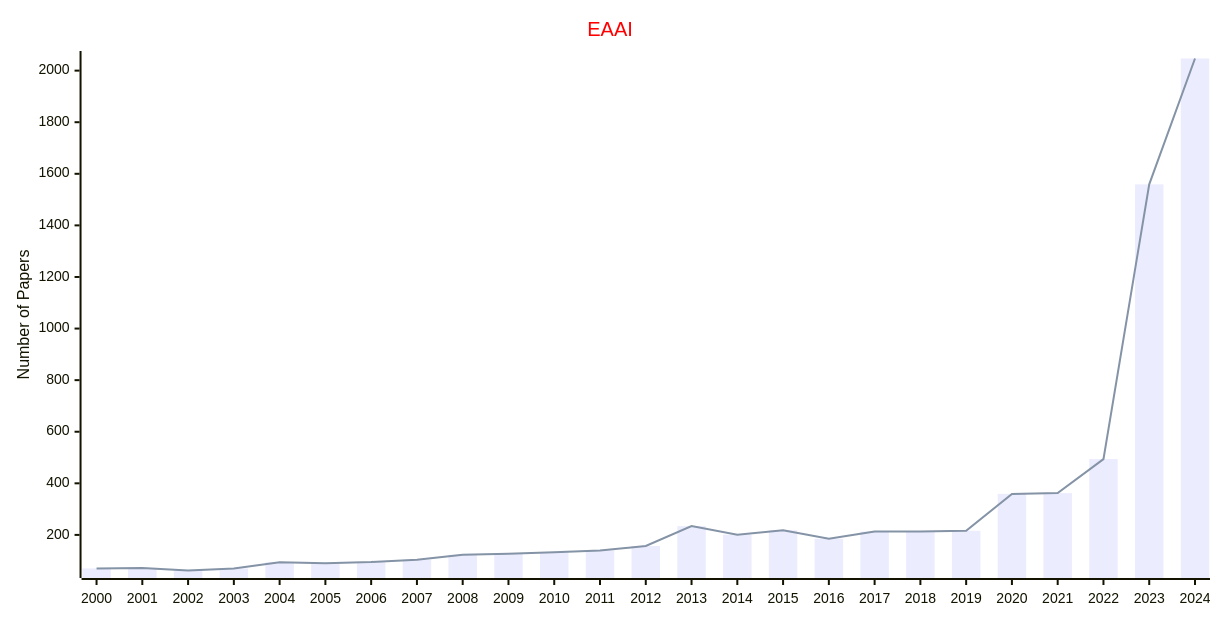
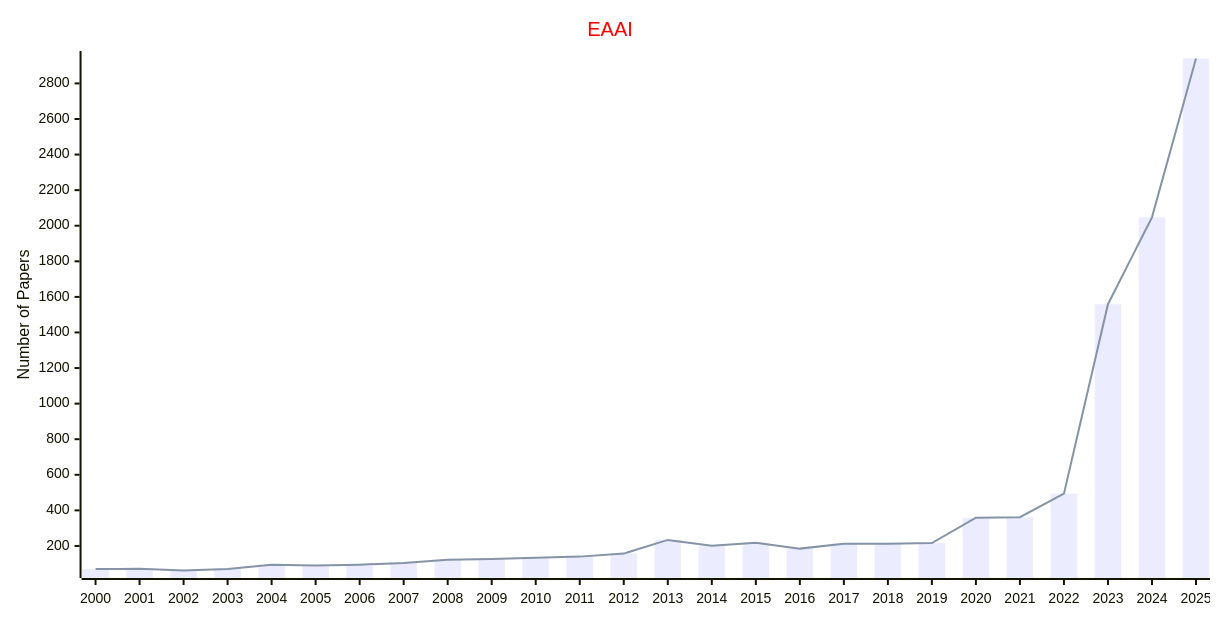
Before and after one commit to Easy-PhD/AILinks: the sixth of 27 diagrams in docs/data/Journals/Statistics_Journals/Artificial_Intelligence.md, drawn with Mermaid. The commit also changed other lines of this file and 107 other files, not shown here.

````diff
--- a/docs/data/Journals/Statistics_Journals/Artificial_Intelligence.md
+++ b/docs/data/Journals/Statistics_Journals/Artificial_Intelligence.md
@@ -129,17 +129,17 @@
 ```mermaid
 ---
 config:
     xyChart:
         width: 1200
         height: 600
     themeVariables:
         xyChart:
             titleColor: "#ff0000"
 ---
 xychart-beta
     title "EAAI"
-    x-axis [2000, 2001, 2002, 2003, 2004, 2005, 2006, 2007, 2008, 2009, 2010, 2011, 2012, 2013, 2014, 2015, 2016, 2017, 2018, 2019, 2020, 2021, 2022, 2023, 2024]
+    x-axis [2000, 2001, 2002, 2003, 2004, 2005, 2006, 2007, 2008, 2009, 2010, 2011, 2012, 2013, 2014, 2015, 2016, 2017, 2018, 2019, 2020, 2021, 2022, 2023, 2024, 2025]
     y-axis "Number of Papers"
-    bar [70, 72, 62, 70, 94, 90, 95, 104, 123, 127, 133, 140, 157, 234, 201, 218, 185, 213, 213, 216, 359, 362, 494, 1559, 2047]
-    line [70, 72, 62, 70, 94, 90, 95, 104, 123, 127, 133, 140, 157, 234, 201, 218, 185, 213, 213, 216, 359, 362, 494, 1559, 2047]
+    bar [70, 72, 62, 70, 94, 90, 95, 104, 123, 127, 133, 140, 157, 234, 201, 218, 185, 213, 213, 216, 359, 362, 494, 1559, 2047, 2940]
+    line [70, 72, 62, 70, 94, 90, 95, 104, 123, 127, 133, 140, 157, 234, 201, 218, 185, 213, 213, 216, 359, 362, 494, 1559, 2047, 2940]
 ```
````
